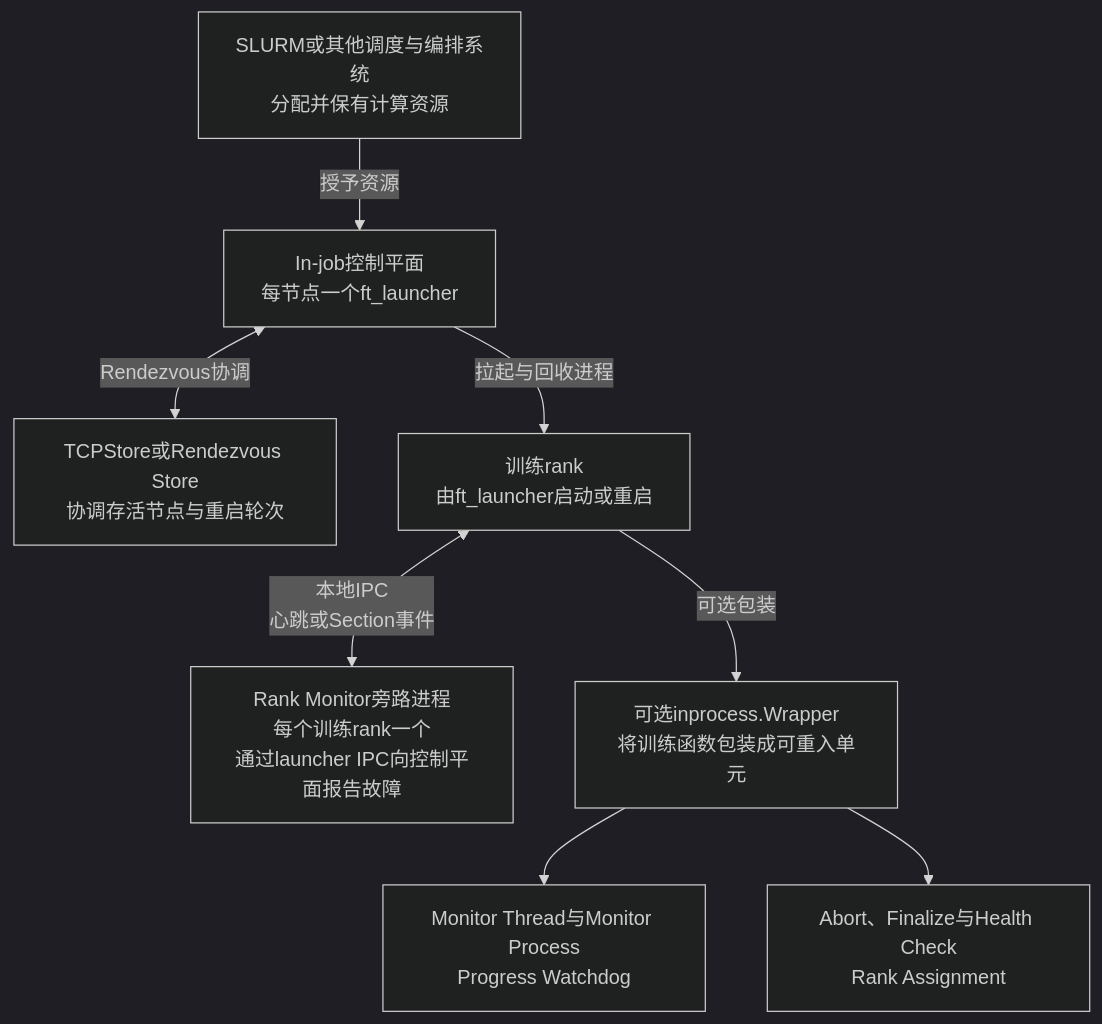
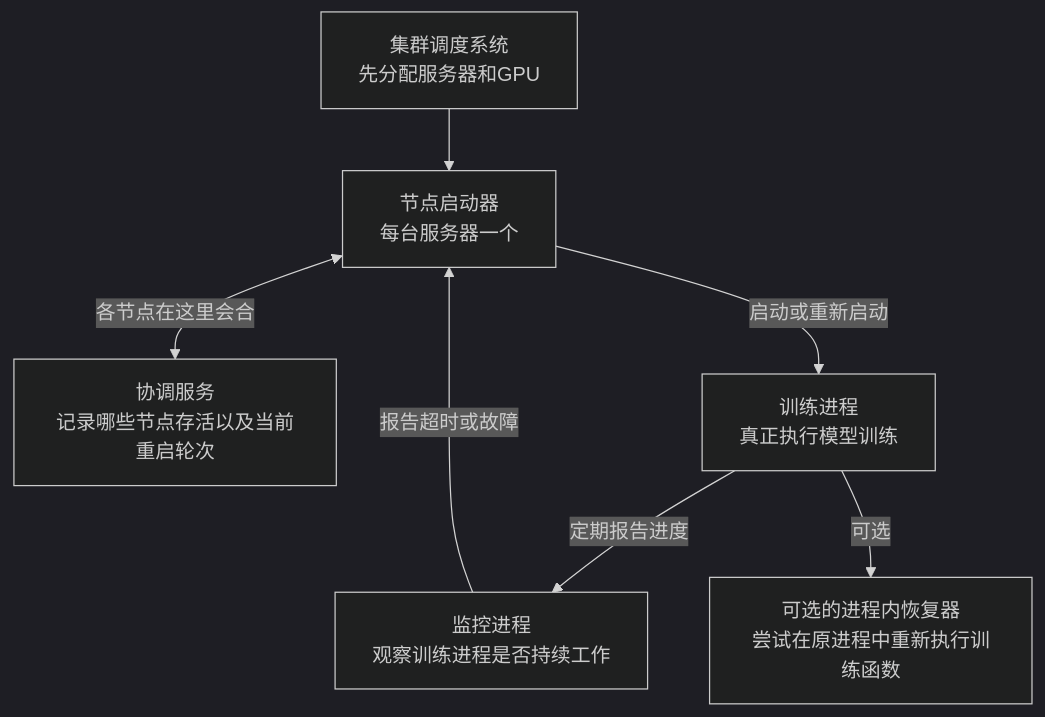
Before and after one commit to gqcn/johns-blog: the first of 3 diagrams in docs/docs/1000-AI技术/600-训练微调/200-开发训练组件/1000-NVIDIA Resiliency Extension项目调研.md, drawn with Mermaid (dark theme). The commit also changed other lines of this file, not shown here.

````diff
--- a/docs/docs/1000-AI技术/600-训练微调/200-开发训练组件/1000-NVIDIA Resiliency Extension项目调研.md
+++ b/docs/docs/1000-AI技术/600-训练微调/200-开发训练组件/1000-NVIDIA Resiliency Extension项目调研.md
@@ -82,18 +93,15 @@
 ```mermaid
 flowchart TB
-    S["SLURM或其他调度与编排系统<br/>分配并保有计算资源"] -->|授予资源| L
-    L["In-job控制平面<br/>每节点一个ft_launcher"]
-    R["TCPStore或Rendezvous Store<br/>协调存活节点与重启轮次"]
-    T["训练rank<br/>由ft_launcher启动或重启"]
-    M["Rank Monitor旁路进程<br/>每个训练rank一个<br/>通过launcher IPC向控制平面报告故障"]
-    W["可选inprocess.Wrapper<br/>将训练函数包装成可重入单元"]
-    PM["Monitor Thread与Monitor Process<br/>Progress Watchdog"]
-    PH["Abort、Finalize与Health Check<br/>Rank Assignment"]
+    S["集群调度系统<br/>先分配服务器和GPU"] --> L
+    L["节点启动器<br/>每台服务器一个"]
+    R["协调服务<br/>记录哪些节点存活以及当前重启轮次"]
+    T["训练进程<br/>真正执行模型训练"]
+    M["监控进程<br/>观察训练进程是否持续工作"]
+    W["可选的进程内恢复器<br/>尝试在原进程中重新执行训练函数"]
 
-    L <-->|Rendezvous协调| R
-    L -->|拉起与回收进程| T
-    T <-->|本地IPC<br/>心跳或Section事件| M
-    T -->|可选包装| W
-    W --> PM
-    W --> PH
+    L <-->|各节点在这里会合| R
+    L -->|启动或重新启动| T
+    T -->|定期报告进度| M
+    M -->|报告超时或故障| L
+    T -->|可选| W
 ```
````
